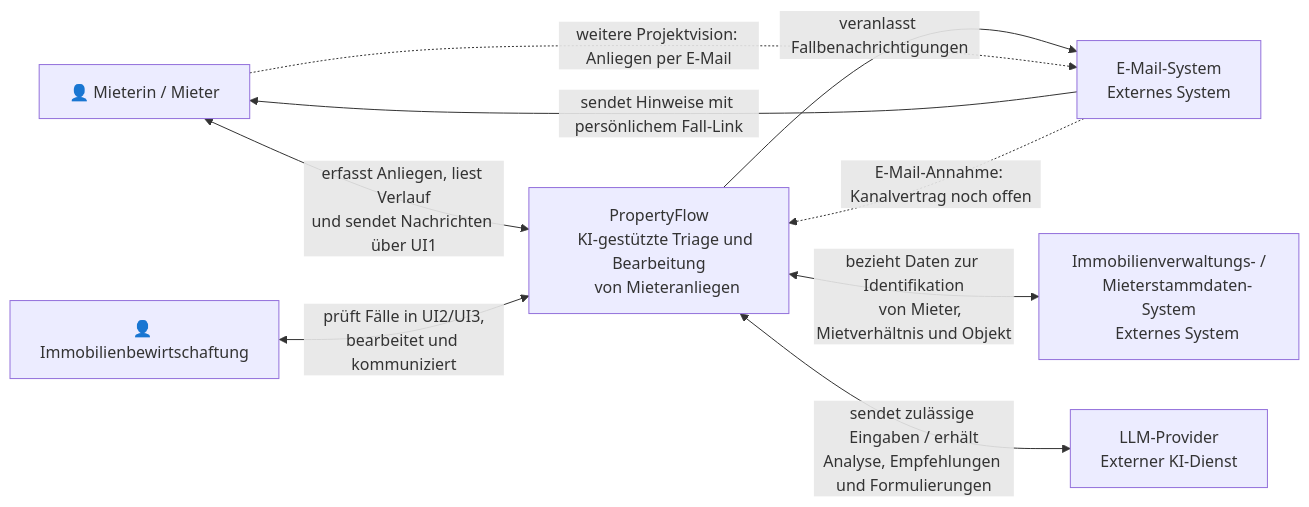
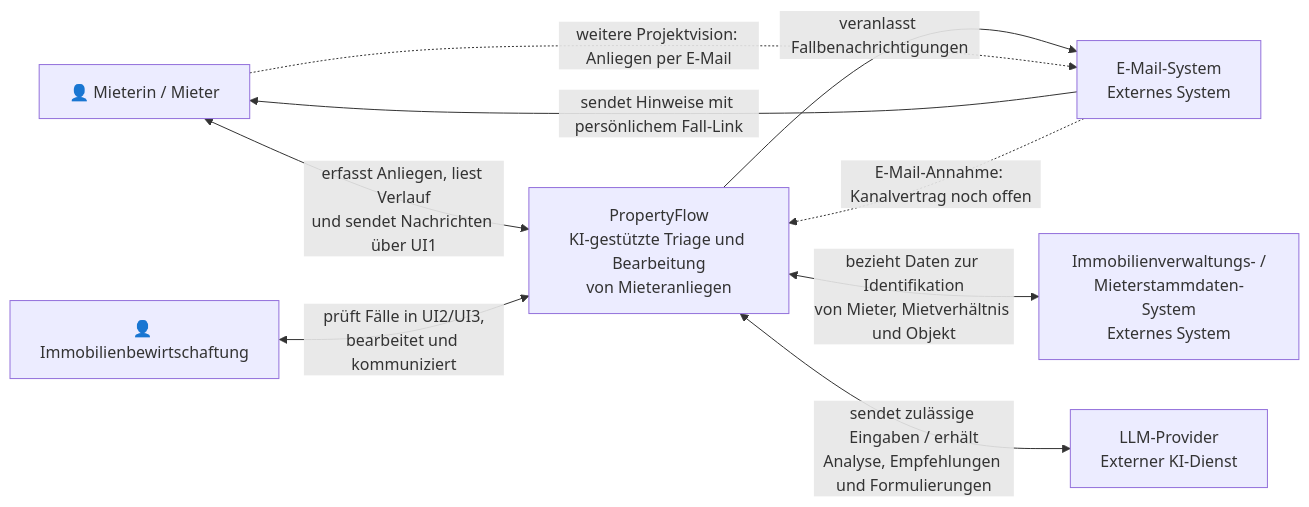
Before and after one commit to permarco/propertyflow: the diagram in docs/architecture/c4-context.md, drawn with Mermaid.

Commit message:
cleanup mermaid (#29)

````diff
--- a/docs/architecture/c4-context.md
+++ b/docs/architecture/c4-context.md
@@ -11,32 +11,25 @@
 ```mermaid
 flowchart LR
     M["👤 Mieterin / Mieter"]
     B["👤 Immobilienbewirtschaftung"]
 
-    PF["PropertyFlow
-    KI-gestützte Triage und Bearbeitung
-    von Mieteranliegen"]
+    PF["PropertyFlow<br/>KI-gestützte Triage und Bearbeitung<br/>von Mieteranliegen"]
 
-    MAIL["E-Mail-System
-    Externes System"]
+    MAIL["E-Mail-System<br/>Externes System"]
 
-    ERP["Immobilienverwaltungs- /
-    Mieterstammdaten-System
-    Externes System"]
+    ERP["Immobilienverwaltungs- /<br/>Mieterstammdaten-System<br/>Externes System"]
 
-    LLM["LLM-Provider
-    Externer KI-Dienst"]
+    LLM["LLM-Provider<br/>Externer KI-Dienst"]
 
     M <-->|"erfasst Anliegen, liest Verlauf<br/>und sendet Nachrichten über UI1"| PF
     PF -->|"veranlasst Fallbenachrichtigungen"| MAIL
     MAIL -->|"sendet Hinweise mit persönlichem Fall-Link"| M
     M -.->|"weitere Projektvision: Anliegen per E-Mail"| MAIL
     MAIL -.->|"E-Mail-Annahme: Kanalvertrag noch offen"| PF
 
     B <-->|"prüft Fälle in UI2/UI3,<br/>bearbeitet und kommuniziert"| PF
 
-    PF <-->|"bezieht Daten zur Identifikation
-    von Mieter, Mietverhältnis und Objekt"| ERP
+    PF <-->|"bezieht Daten zur Identifikation<br/>von Mieter, Mietverhältnis und Objekt"| ERP
 
     PF <-->|"sendet zulässige Eingaben / erhält<br/>Analyse, Empfehlungen und Formulierungen"| LLM
 ```
````
